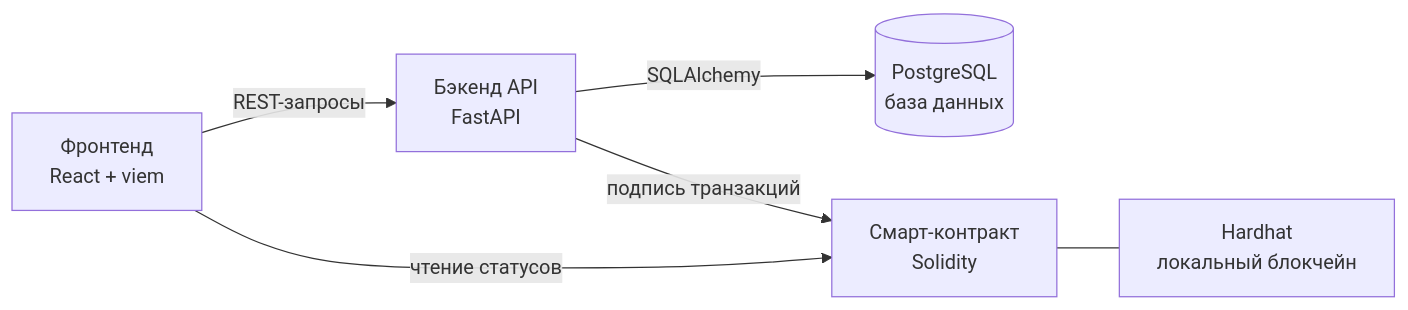
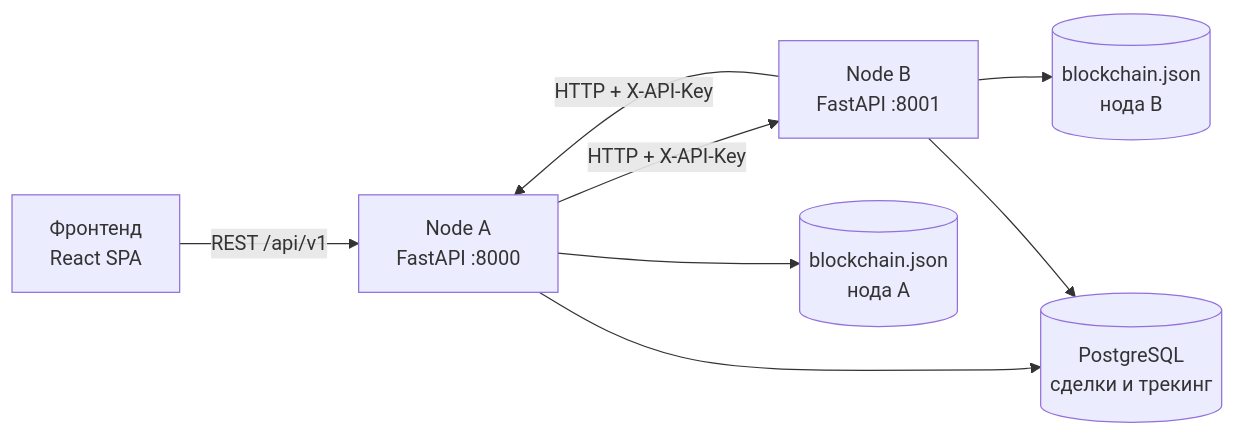
Before and after one commit to sensiblex/CarLeon: the diagram in README.md, drawn with Mermaid. The commit also changed other lines of this file and 12 other files, not shown here.

````diff
--- a/README.md
+++ b/README.md
@@ -83,14 +89,17 @@
 ```mermaid
 flowchart LR
-    UI[Фронтенд<br/>React + viem]
-    API[Бэкенд API<br/>FastAPI]
-    DB[(PostgreSQL<br/>база данных)]
-    SC[Смарт-контракт<br/>Solidity]
-    HH[Hardhat<br/>локальный блокчейн]
+    UI[Фронтенд<br/>React SPA]
+    A[Node A<br/>FastAPI :8000]
+    B[Node B<br/>FastAPI :8001]
+    DB[(PostgreSQL<br/>сделки и трекинг)]
+    FA[(blockchain.json<br/>нода A)]
+    FB[(blockchain.json<br/>нода B)]
 
-    UI -->|REST-запросы| API
-    UI -->|чтение статусов| SC
-    API -->|SQLAlchemy| DB
-    API -->|подпись транзакций| SC
-    SC --- HH
+    UI -->|REST /api/v1| A
+    A -->|HTTP + X-API-Key| B
+    B -->|HTTP + X-API-Key| A
+    A --> FA
+    B --> FB
+    A --> DB
+    B --> DB
 ```
````
